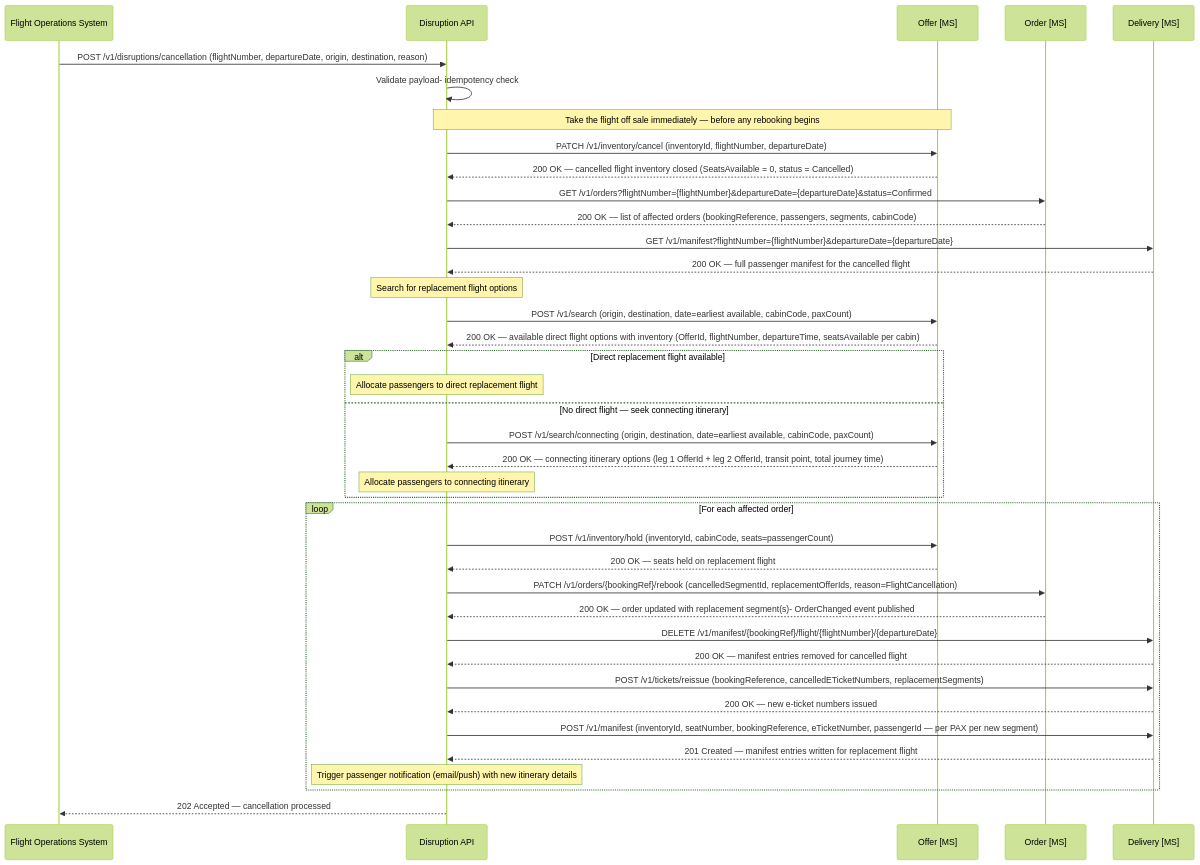
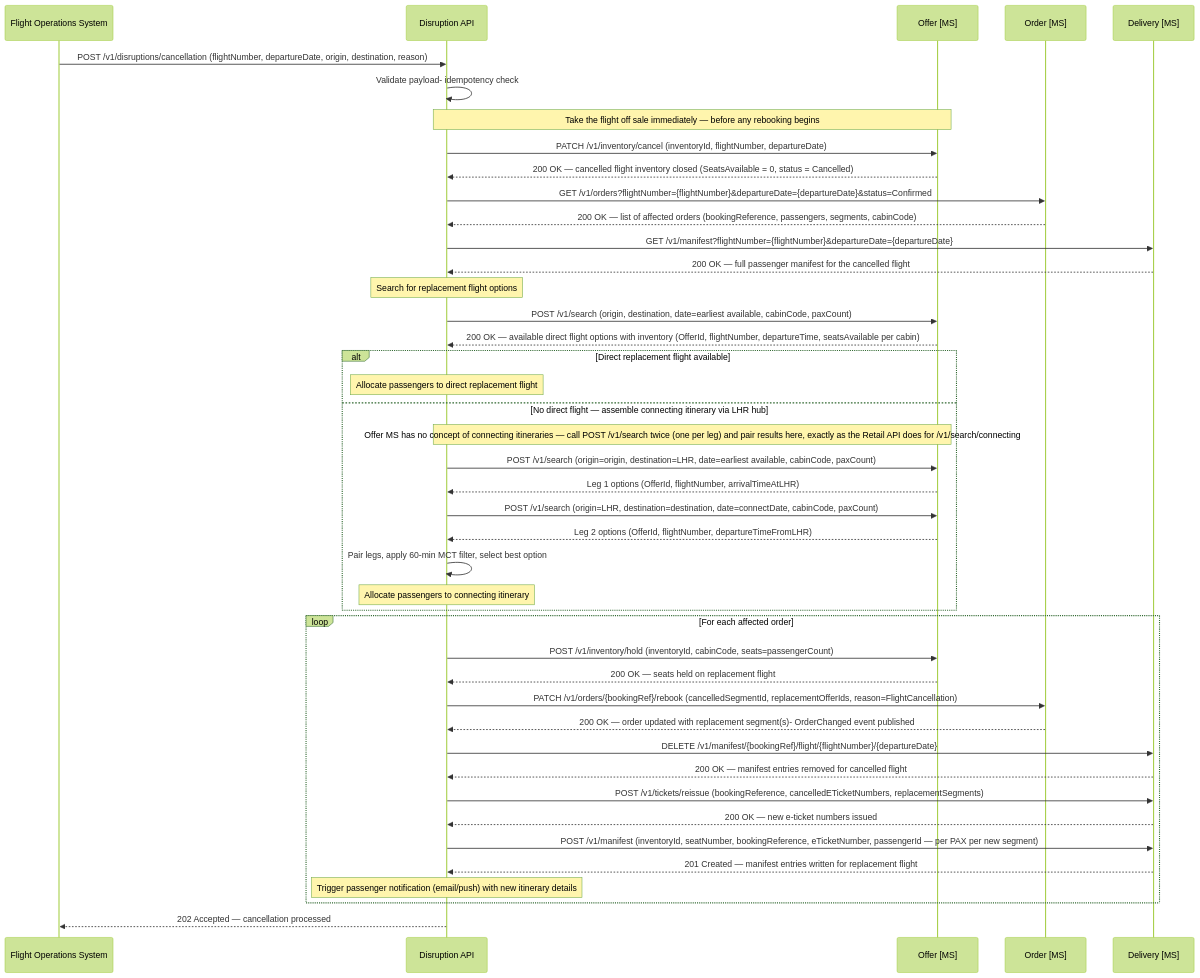
Before and after one commit to sebharvey/airline-reservation-system: diagram 12 of 22 in architecture/design.md, drawn with Mermaid (forest theme). The commit also changed other lines of this file and 1 other file, not shown here.

First line of the commit message:
Resolve design/API-reference conflicts and ambiguities

````diff
--- a/architecture/design.md
+++ b/architecture/design.md
@@ -1482,55 +1480,59 @@
 ```mermaid
 sequenceDiagram
     participant FOS as Flight Operations System
     participant DisruptionAPI as Disruption API
     participant OfferMS as Offer [MS]
     participant OrderMS as Order [MS]
     participant DeliveryMS as Delivery [MS]
 
     FOS->>DisruptionAPI: POST /v1/disruptions/cancellation (flightNumber, departureDate, origin, destination, reason)
     DisruptionAPI->>DisruptionAPI: Validate payload- idempotency check
 
     Note over DisruptionAPI,OfferMS: Take the flight off sale immediately — before any rebooking begins
     DisruptionAPI->>OfferMS: PATCH /v1/inventory/cancel (inventoryId, flightNumber, departureDate)
     OfferMS-->>DisruptionAPI: 200 OK — cancelled flight inventory closed (SeatsAvailable = 0, status = Cancelled)
 
     DisruptionAPI->>OrderMS: GET /v1/orders?flightNumber={flightNumber}&departureDate={departureDate}&status=Confirmed
     OrderMS-->>DisruptionAPI: 200 OK — list of affected orders (bookingReference, passengers, segments, cabinCode)
 
     DisruptionAPI->>DeliveryMS: GET /v1/manifest?flightNumber={flightNumber}&departureDate={departureDate}
     DeliveryMS-->>DisruptionAPI: 200 OK — full passenger manifest for the cancelled flight
 
     Note over DisruptionAPI: Search for replacement flight options
 
     DisruptionAPI->>OfferMS: POST /v1/search (origin, destination, date=earliest available, cabinCode, paxCount)
     OfferMS-->>DisruptionAPI: 200 OK — available direct flight options with inventory (OfferId, flightNumber, departureTime, seatsAvailable per cabin)
 
     alt Direct replacement flight available
         Note over DisruptionAPI: Allocate passengers to direct replacement flight
-    else No direct flight — seek connecting itinerary
-        DisruptionAPI->>OfferMS: POST /v1/search/connecting (origin, destination, date=earliest available, cabinCode, paxCount)
-        OfferMS-->>DisruptionAPI: 200 OK — connecting itinerary options (leg 1 OfferId + leg 2 OfferId, transit point, total journey time)
+    else No direct flight — assemble connecting itinerary via LHR hub
+        Note over DisruptionAPI,OfferMS: Offer MS has no concept of connecting itineraries — call POST /v1/search twice (one per leg) and pair results here, exactly as the Retail API does for /v1/search/connecting
+        DisruptionAPI->>OfferMS: POST /v1/search (origin=origin, destination=LHR, date=earliest available, cabinCode, paxCount)
+        OfferMS-->>DisruptionAPI: Leg 1 options (OfferId, flightNumber, arrivalTimeAtLHR)
+        DisruptionAPI->>OfferMS: POST /v1/search (origin=LHR, destination=destination, date=connectDate, cabinCode, paxCount)
+        OfferMS-->>DisruptionAPI: Leg 2 options (OfferId, flightNumber, departureTimeFromLHR)
+        DisruptionAPI->>DisruptionAPI: Pair legs, apply 60-min MCT filter, select best option
         Note over DisruptionAPI: Allocate passengers to connecting itinerary
     end
 
     loop For each affected order
         DisruptionAPI->>OfferMS: POST /v1/inventory/hold (inventoryId, cabinCode, seats=passengerCount)
         OfferMS-->>DisruptionAPI: 200 OK — seats held on replacement flight
 
         DisruptionAPI->>OrderMS: PATCH /v1/orders/{bookingRef}/rebook (cancelledSegmentId, replacementOfferIds, reason=FlightCancellation)
         OrderMS-->>DisruptionAPI: 200 OK — order updated with replacement segment(s)- OrderChanged event published
 
         DisruptionAPI->>DeliveryMS: DELETE /v1/manifest/{bookingRef}/flight/{flightNumber}/{departureDate}
         DeliveryMS-->>DisruptionAPI: 200 OK — manifest entries removed for cancelled flight
 
         DisruptionAPI->>DeliveryMS: POST /v1/tickets/reissue (bookingReference, cancelledETicketNumbers, replacementSegments)
         DeliveryMS-->>DisruptionAPI: 200 OK — new e-ticket numbers issued
 
         DisruptionAPI->>DeliveryMS: POST /v1/manifest (inventoryId, seatNumber, bookingReference, eTicketNumber, passengerId — per PAX per new segment)
         DeliveryMS-->>DisruptionAPI: 201 Created — manifest entries written for replacement flight
 
         Note over DisruptionAPI: Trigger passenger notification (email/push) with new itinerary details
     end
 
     DisruptionAPI-->>FOS: 202 Accepted — cancellation processed
 ```
````
